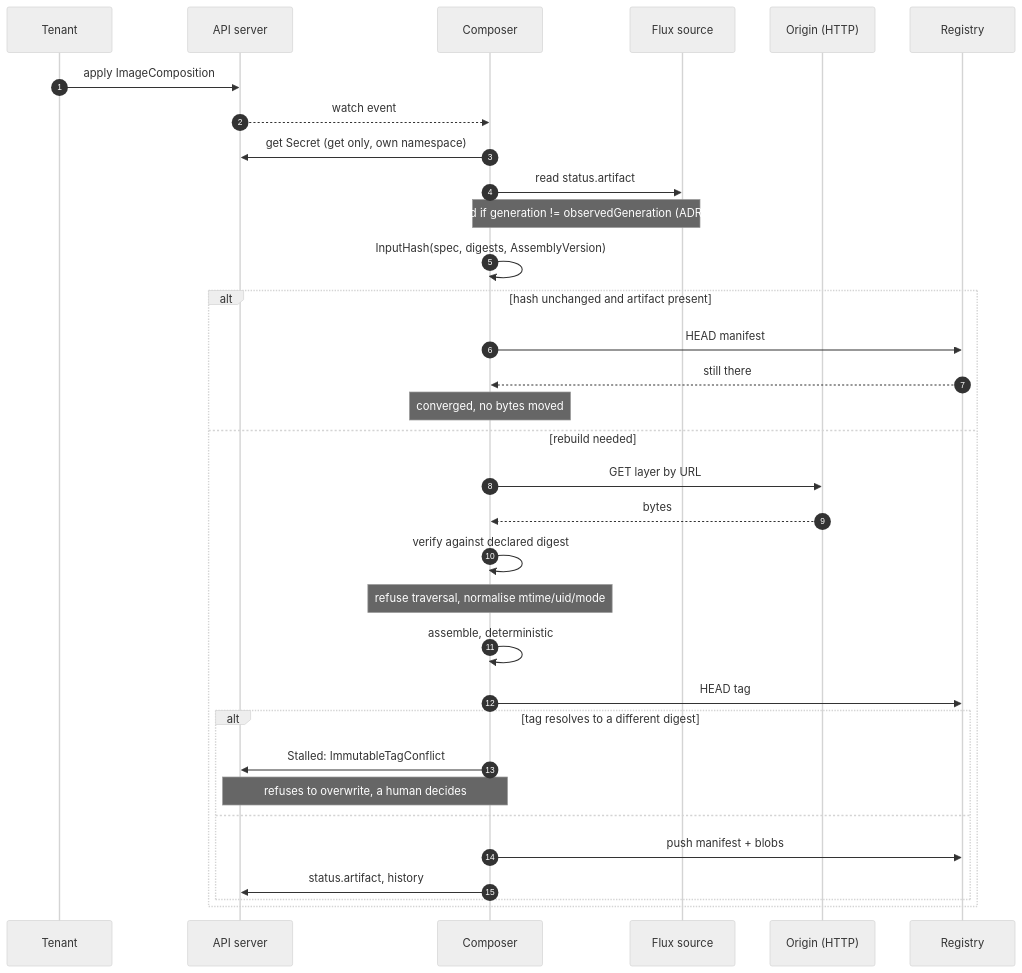
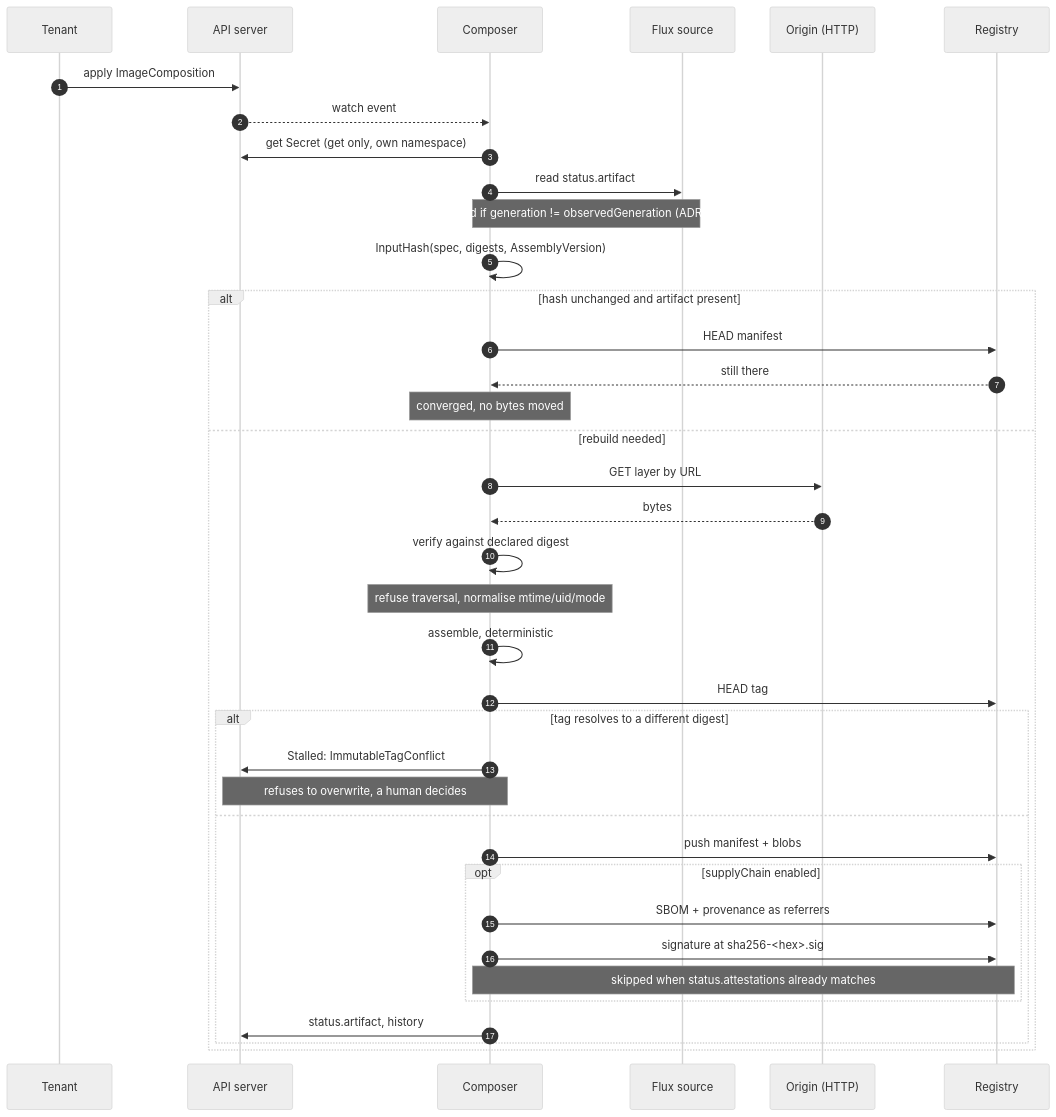
One commit to lhns/kube-oci-composer changed the second of 3 diagrams in docs/threat-model.md. Above: the diagram before and after it, drawn with Mermaid (neutral theme). The commit also changed other lines of this file, not shown here.

````diff
--- a/docs/threat-model.md
+++ b/docs/threat-model.md
@@ -230,37 +250,42 @@
 ```mermaid
 sequenceDiagram
     autonumber
     participant T as Tenant
     participant K as API server
     participant C as Composer
     participant S as Flux source
     participant O as Origin (HTTP)
     participant R as Registry
 
     T->>K: apply ImageComposition
     K-->>C: watch event
     C->>K: get Secret (get only, own namespace)
     C->>S: read status.artifact
     Note over C,S: refused if generation != observedGeneration (ADR 0026)
     C->>C: InputHash(spec, digests, AssemblyVersion)
 
     alt hash unchanged and artifact present
         C->>R: HEAD manifest
         R-->>C: still there
         Note over C: converged, no bytes moved
     else rebuild needed
         C->>O: GET layer by URL
         O-->>C: bytes
         C->>C: verify against declared digest
         Note over C: refuse traversal, normalise mtime/uid/mode
         C->>C: assemble, deterministic
         C->>R: HEAD tag
         alt tag resolves to a different digest
             C->>K: Stalled: ImmutableTagConflict
             Note over C,K: refuses to overwrite, a human decides
         else
             C->>R: push manifest + blobs
+            opt supplyChain enabled
+                C->>R: SBOM + provenance as referrers
+                C->>R: signature at sha256-<hex>.sig
+                Note over C,R: skipped when status.attestations already matches
+            end
             C->>K: status.artifact, history
         end
     end
 ```
````
